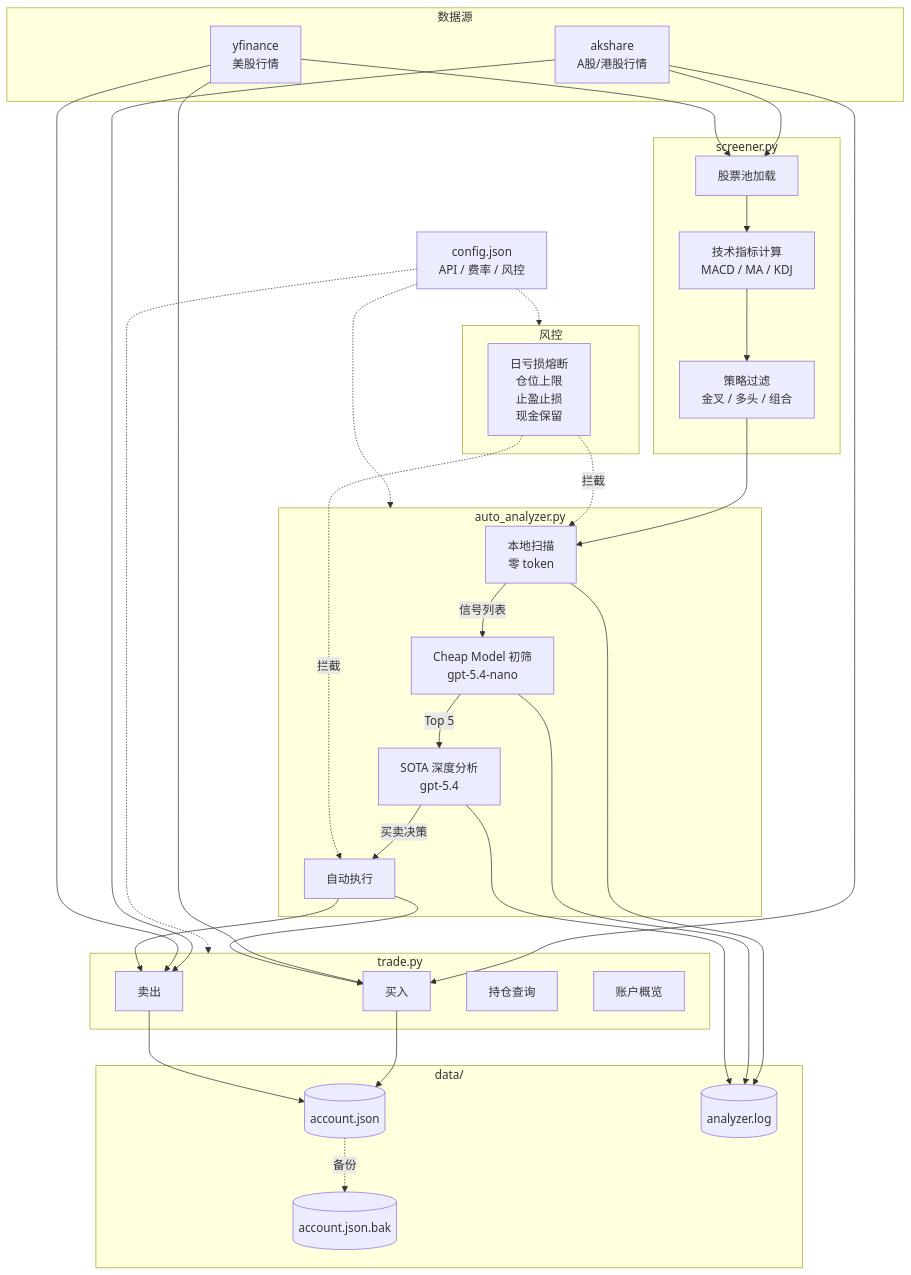
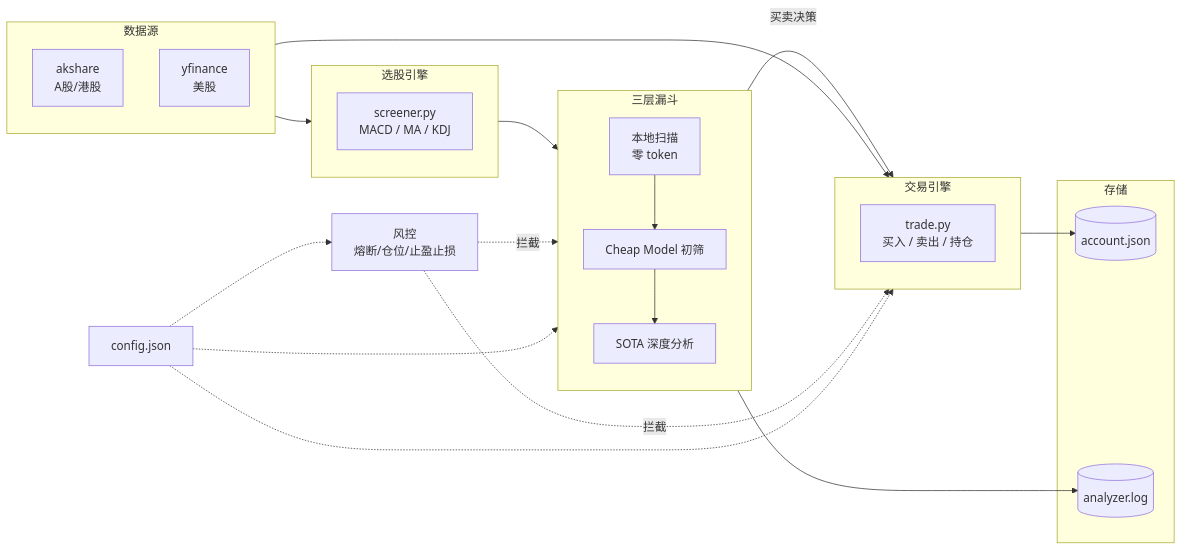
Before and after one commit to qsh77/stock-trader: the diagram in README.md, drawn with Mermaid.

Commit message:
docs: simplify architecture diagram

````diff
--- a/README.md
+++ b/README.md
@@ -7,46 +7,37 @@
 ```mermaid
-flowchart TB
+flowchart LR
     subgraph 数据源
-        AK[akshare<br/>A股/港股行情]
-        YF[yfinance<br/>美股行情]
+        AK[akshare<br/>A股/港股]
+        YF[yfinance<br/>美股]
     end
 
-    subgraph 选股引擎 [screener.py]
-        SL[股票池加载] --> CALC[技术指标计算<br/>MACD / MA / KDJ]
-        CALC --> STRAT[策略过滤<br/>金叉 / 多头 / 组合]
+    subgraph 选股引擎
+        SC[screener.py<br/>MACD / MA / KDJ]
     end
 
-    subgraph 三层漏斗 [auto_analyzer.py]
-        SCAN[本地扫描<br/>零 token] -->|信号列表| CHEAP[Cheap Model 初筛<br/>gpt-5.4-nano]
-        CHEAP -->|Top 5| SOTA[SOTA 深度分析<br/>gpt-5.4]
-        SOTA -->|买卖决策| EXEC[自动执行]
+    subgraph 三层漏斗
+        direction TB
+        L1[本地扫描<br/>零 token]
+        L2[Cheap Model 初筛]
+        L3[SOTA 深度分析]
+        L1 --> L2 --> L3
     end
 
-    subgraph 交易引擎 [trade.py]
-        BUY[买入]
-        SELL[卖出]
-        PORT[持仓查询]
-        ACCT[账户概览]
+    subgraph 交易引擎
+        TR[trade.py<br/>买入 / 卖出 / 持仓]
     end
 
-    subgraph 风控
-        RISK[日亏损熔断<br/>仓位上限<br/>止盈止损<br/>现金保留]
+    subgraph 存储
+        DB[(account.json)]
+        LG[(analyzer.log)]
     end
 
-    subgraph 存储 [data/]
-        ACC[(account.json)]
-        BAK[(account.json.bak)]
-        LOG[(analyzer.log)]
-    end
+    数据源 --> 选股引擎 --> 三层漏斗
+    三层漏斗 -->|买卖决策| 交易引擎
+    交易引擎 --> DB
+    三层漏斗 --> LG
+    数据源 --> 交易引擎
 
-    AK & YF --> SL
-    AK & YF --> BUY & SELL
-    STRAT --> SCAN
-    EXEC --> BUY & SELL
-    RISK -.->|拦截| SCAN & EXEC
-    BUY & SELL --> ACC
-    ACC -.->|备份| BAK
-    SCAN & CHEAP & SOTA --> LOG
-
-    CFG[config.json<br/>API / 费率 / 风控] -.-> 三层漏斗 & 交易引擎 & 风控
+    RISK[风控<br/>熔断/仓位/止盈止损] -.->|拦截| 三层漏斗 & 交易引擎
+    CFG[config.json] -.-> 三层漏斗 & 交易引擎 & RISK
 ```
````
